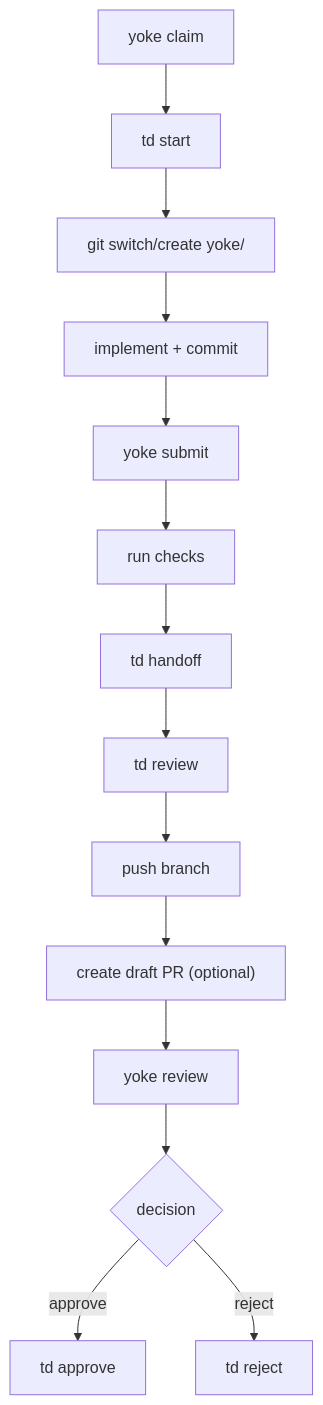
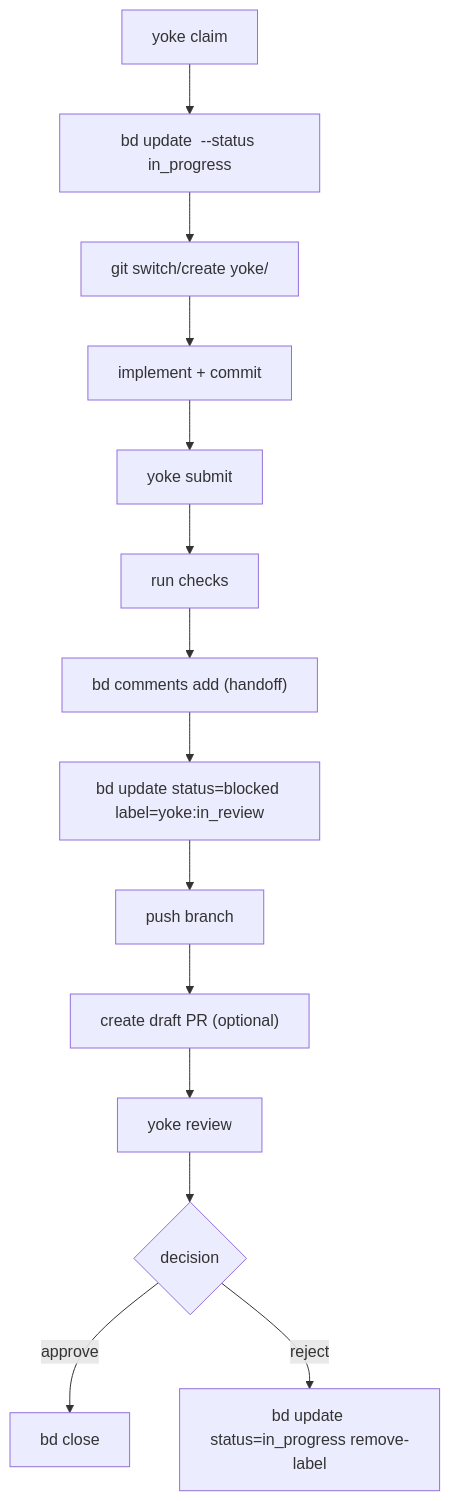
One commit to pealco/yoke changed the diagram in docs/how-it-works.md. Above: the diagram before and after it, drawn with Mermaid. The commit also changed other lines of this file and 14 other files, not shown here.

````diff
--- a/docs/how-it-works.md
+++ b/docs/how-it-works.md
@@ -41,16 +41,16 @@
 ```mermaid
 flowchart TD
-  A["yoke claim"] --> B["td start <issue>"]
+  A["yoke claim"] --> B["bd update <issue> --status in_progress"]
   B --> C["git switch/create yoke/<issue>"]
   C --> D["implement + commit"]
   D --> E["yoke submit"]
   E --> F["run checks"]
-  F --> G["td handoff"]
-  G --> H["td review"]
+  F --> G["bd comments add (handoff)"]
+  G --> H["bd update status=blocked label=yoke:in_review"]
   H --> I["push branch"]
   I --> J["create draft PR (optional)"]
   J --> K["yoke review"]
   K --> L{"decision"}
-  L -->|"approve"| M["td approve"]
-  L -->|"reject"| N["td reject"]
+  L -->|"approve"| M["bd close"]
+  L -->|"reject"| N["bd update status=in_progress remove-label"]
 ```
````
